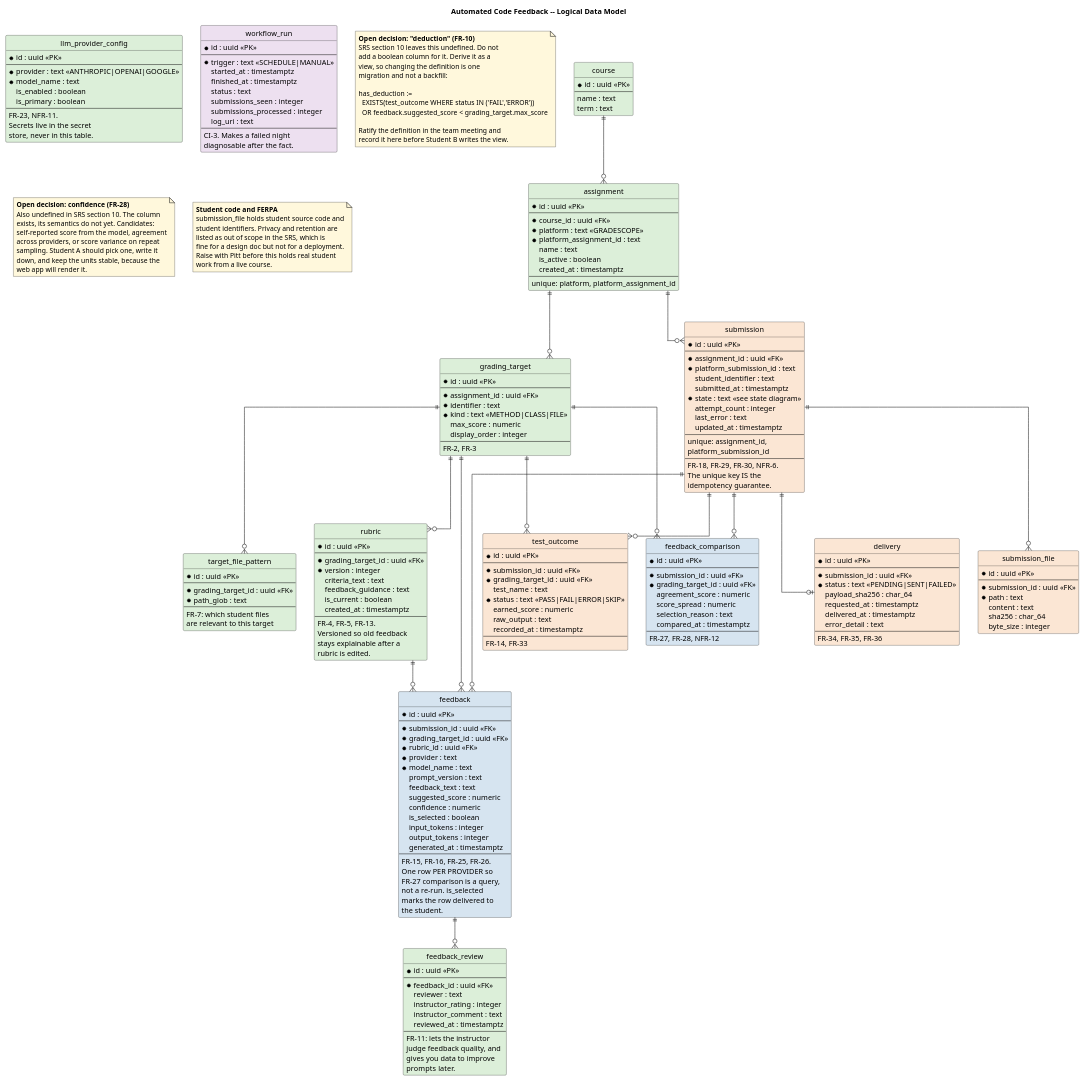
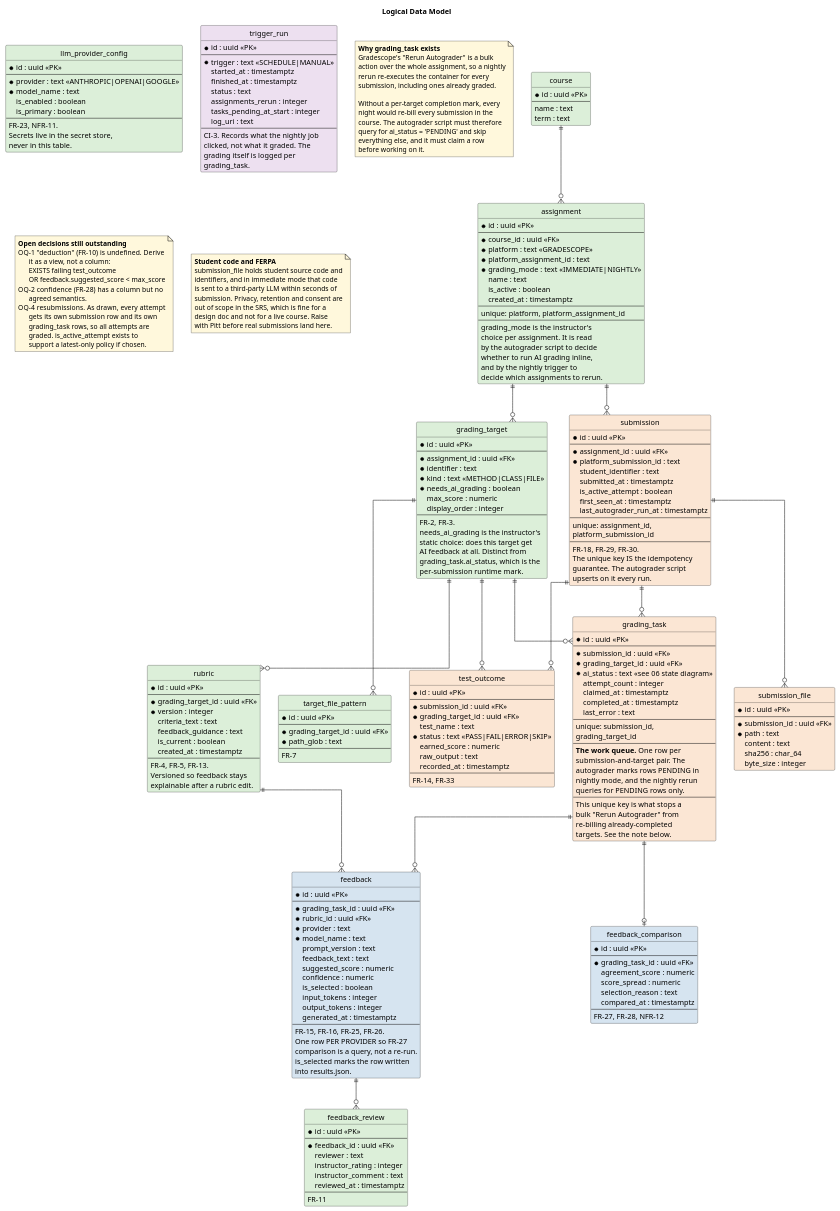
One commit to AI-Assisted-Autograder/ai-assisted-autograder changed the diagram in docs/architecture/02-data-model.puml. Above: the diagram before and after it, drawn with PlantUML. The commit also changed 8 other files, not shown here.

Commit message:
Second iteration of the specifications, with changes to how nightly grading works.

```diff
--- a/docs/architecture/02-data-model.puml
+++ b/docs/architecture/02-data-model.puml
@@ -3,23 +3,26 @@
 ' Automated Code Feedback -- Logical Data Model
 ' Traces to: FR-6, FR-12..FR-18, FR-25, FR-26, FR-28, FR-30, NFR-6
 '
-' This is the most important diagram in the set. Every module reads or
-' writes this schema, so it is the contract all four students share.
-' Logical model: types are indicative, not a DDL commitment (the DB
-' technology is out of scope per SRS section 10).
+' Changes from the previous revision:
+'   + assignment.grading_mode (IMMEDIATE | NIGHTLY)
+'   + grading_task: the (submission x target) pair that carries the
+'     "needs AI grading" mark the nightly rerun queries
+'   - delivery: gone. Feedback is written to results.json in the same
+'     autograder run that generates it, so there is no separate
+'     delivery step to track.
 ' =====================================================================
 
-title Automated Code Feedback -- Logical Data Model
+title Logical Data Model
 
 hide circle
-' NOTE: do not add "hide methods" here. PlantUML treats any member
-' containing parentheses as a method, which would hide constraint lines.
+' Do NOT add "hide methods" here. PlantUML treats any member containing
+' parentheses as a method, which would hide the constraint lines.
 skinparam shadowing false
 skinparam defaultFontName Helvetica
 skinparam linetype ortho
 
 ' ---------------------------------------------------------------------
-' Instructor configuration (written by Web App, read by everything)
+' Instructor configuration
 ' ---------------------------------------------------------------------
 entity "course" as course #DCEFD9 {
   * id : uuid <<PK>>
@@ -34,11 +37,19 @@
   * course_id : uuid <<FK>>
   * platform : text <<GRADESCOPE>>
   * platform_assignment_id : text
+  * grading_mode : text <<IMMEDIATE|NIGHTLY>>
   name : text
   is_active : boolean
   created_at : timestamptz
   --
   unique: platform, platform_assignment_id
+  --
+  grading_mode is the instructor's
+  choice per assignment. It is read
+  by the autograder script to decide
+  whether to run AI grading inline,
+  and by the nightly trigger to
+  decide which assignments to rerun.
 }
 
 entity "grading_target" as target #DCEFD9 {
@@ -47,10 +58,16 @@
   * assignment_id : uuid <<FK>>
   * identifier : text
   * kind : text <<METHOD|CLASS|FILE>>
+  * needs_ai_grading : boolean
   max_score : numeric
   display_order : integer
   --
-  FR-2, FR-3
+  FR-2, FR-3.
+  needs_ai_grading is the instructor's
+  static choice: does this target get
+  AI feedback at all. Distinct from
+  grading_task.ai_status, which is the
+  per-submission runtime mark.
 }
 
 entity "target_file_pattern" as tfile #DCEFD9 {
@@ -59,8 +76,7 @@
   * grading_target_id : uuid <<FK>>
   * path_glob : text
   --
-  FR-7: which student files
-  are relevant to this target
+  FR-7
 }
 
 entity "rubric" as rubric #DCEFD9 {
@@ -74,9 +90,8 @@
   created_at : timestamptz
   --
   FR-4, FR-5, FR-13.
-  Versioned so old feedback
-  stays explainable after a
-  rubric is edited.
+  Versioned so feedback stays
+  explainable after a rubric edit.
 }
 
 entity "llm_provider_config" as pcfg #DCEFD9 {
@@ -88,12 +103,12 @@
   is_primary : boolean
   --
   FR-23, NFR-11.
-  Secrets live in the secret
-  store, never in this table.
+  Secrets live in the secret store,
+  never in this table.
 }
 
 ' ---------------------------------------------------------------------
-' Submission state (written by Platform Integration)
+' Runtime: written by the autograder script
 ' ---------------------------------------------------------------------
 entity "submission" as sub #FBE6D4 {
   * id : uuid <<PK>>
@@ -102,17 +117,17 @@
   * platform_submission_id : text
   student_identifier : text
   submitted_at : timestamptz
-  * state : text <<see state diagram>>
-  attempt_count : integer
-  last_error : text
-  updated_at : timestamptz
+  is_active_attempt : boolean
+  first_seen_at : timestamptz
+  last_autograder_run_at : timestamptz
   --
   unique: assignment_id,
           platform_submission_id
   --
-  FR-18, FR-29, FR-30, NFR-6.
-  The unique key IS the
-  idempotency guarantee.
+  FR-18, FR-29, FR-30.
+  The unique key IS the idempotency
+  guarantee. The autograder script
+  upserts on it every run.
 }
 
 entity "submission_file" as subfile #FBE6D4 {
@@ -139,14 +154,39 @@
   FR-14, FR-33
 }
 
+entity "grading_task" as task #FBE6D4 {
+  * id : uuid <<PK>>
+  --
+  * submission_id : uuid <<FK>>
+  * grading_target_id : uuid <<FK>>
+  * ai_status : text <<see 06 state diagram>>
+  attempt_count : integer
+  claimed_at : timestamptz
+  completed_at : timestamptz
+  last_error : text
+  --
+  unique: submission_id,
+          grading_target_id
+  --
+  **The work queue.** One row per
+  submission-and-target pair. The
+  autograder marks rows PENDING in
+  nightly mode, and the nightly rerun
+  queries for PENDING rows only.
+  --
+  This unique key is what stops a
+  bulk "Rerun Autograder" from
+  re-billing already-completed
+  targets. See the note below.
+}
+
 ' ---------------------------------------------------------------------
-' Generated feedback (written by LLM Feedback Module)
+' Generated feedback
 ' ---------------------------------------------------------------------
 entity "feedback" as fb #D6E4F0 {
   * id : uuid <<PK>>
   --
-  * submission_id : uuid <<FK>>
-  * grading_target_id : uuid <<FK>>
+  * grading_task_id : uuid <<FK>>
   * rubric_id : uuid <<FK>>
   * provider : text
   * model_name : text
@@ -160,18 +200,16 @@
   generated_at : timestamptz
   --
   FR-15, FR-16, FR-25, FR-26.
-  One row PER PROVIDER so
-  FR-27 comparison is a query,
-  not a re-run. is_selected
-  marks the row delivered to
-  the student.
+  One row PER PROVIDER so FR-27
+  comparison is a query, not a re-run.
+  is_selected marks the row written
+  into results.json.
 }
 
 entity "feedback_comparison" as cmp #D6E4F0 {
   * id : uuid <<PK>>
   --
-  * submission_id : uuid <<FK>>
-  * grading_target_id : uuid <<FK>>
+  * grading_task_id : uuid <<FK>>
   agreement_score : numeric
   score_spread : numeric
   selection_reason : text
@@ -189,41 +227,27 @@
   instructor_comment : text
   reviewed_at : timestamptz
   --
-  FR-11: lets the instructor
-  judge feedback quality, and
-  gives you data to improve
-  prompts later.
+  FR-11
 }
 
 ' ---------------------------------------------------------------------
-' Delivery + audit (written by Orchestrator / Platform Integration)
+' Audit
 ' ---------------------------------------------------------------------
-entity "delivery" as deliver #FBE6D4 {
-  * id : uuid <<PK>>
-  --
-  * submission_id : uuid <<FK>>
-  * status : text <<PENDING|SENT|FAILED>>
-  payload_sha256 : char_64
-  requested_at : timestamptz
-  delivered_at : timestamptz
-  error_detail : text
-  --
-  FR-34, FR-35, FR-36
-}
-
-entity "workflow_run" as run #EDE0F0 {
+entity "trigger_run" as run #EDE0F0 {
   * id : uuid <<PK>>
   --
   * trigger : text <<SCHEDULE|MANUAL>>
   started_at : timestamptz
   finished_at : timestamptz
   status : text
-  submissions_seen : integer
-  submissions_processed : integer
+  assignments_rerun : integer
+  tasks_pending_at_start : integer
   log_uri : text
   --
-  CI-3. Makes a failed night
-  diagnosable after the fact.
+  CI-3. Records what the nightly job
+  clicked, not what it graded. The
+  grading itself is logged per
+  grading_task.
 }
 
 ' ---------------------------------------------------------------------
@@ -235,50 +259,54 @@
 target ||--o{ tfile
 target ||--o{ rubric
 target ||--o{ outcome
-target ||--o{ fb
-target ||--o{ cmp
+target ||--o{ task
 sub ||--o{ subfile
 sub ||--o{ outcome
-sub ||--o{ fb
-sub ||--o{ cmp
-sub ||--o| deliver
+sub ||--o{ task
+task ||--o{ fb
+task ||--o| cmp
 rubric ||--o{ fb
 fb ||--o{ review
 
 note as N1 #FFF8DC
-  **Open decision: "deduction" (FR-10)**
-  SRS section 10 leaves this undefined. Do not
-  add a boolean column for it. Derive it as a
-  view, so changing the definition is one
-  migration and not a backfill:
+  **Why grading_task exists**
+  Gradescope's "Rerun Autograder" is a bulk
+  action over the whole assignment, so a nightly
+  rerun re-executes the container for every
+  submission, including ones already graded.
 
-  has_deduction :=
-    EXISTS(test_outcome WHERE status IN ('FAIL','ERROR'))
-    OR feedback.suggested_score < grading_target.max_score
-
-  Ratify the definition in the team meeting and
-  record it here before Student B writes the view.
+  Without a per-target completion mark, every
+  night would re-bill every submission in the
+  course. The autograder script must therefore
+  query for ai_status = 'PENDING' and skip
+  everything else, and it must claim a row
+  before working on it.
 end note
 
 note as N2 #FFF8DC
-  **Open decision: confidence (FR-28)**
-  Also undefined in SRS section 10. The column
-  exists, its semantics do not yet. Candidates:
-  self-reported score from the model, agreement
-  across providers, or score variance on repeat
-  sampling. Student A should pick one, write it
-  down, and keep the units stable, because the
-  web app will render it.
+  **Open decisions still outstanding**
+  OQ-1  "deduction" (FR-10) is undefined. Derive
+        it as a view, not a column:
+        EXISTS failing test_outcome
+        OR feedback.suggested_score < max_score
+  OQ-2  confidence (FR-28) has a column but no
+        agreed semantics.
+  OQ-4  resubmissions. As drawn, every attempt
+        gets its own submission row and its own
+        grading_task rows, so all attempts are
+        graded. is_active_attempt exists to
+        support a latest-only policy if chosen.
 end note
 
 note as N3 #FFF8DC
   **Student code and FERPA**
   submission_file holds student source code and
-  student identifiers. Privacy and retention are
-  listed as out of scope in the SRS, which is
-  fine for a design doc but not for a deployment.
-  Raise with Pitt before this holds real student
-  work from a live course.
+  identifiers, and in immediate mode that code
+  is sent to a third-party LLM within seconds of
+  submission. Privacy, retention and consent are
+  out of scope in the SRS, which is fine for a
+  design doc and not for a live course. Raise
+  with Pitt before real submissions land here.
 end note
 
 @enduml
```
